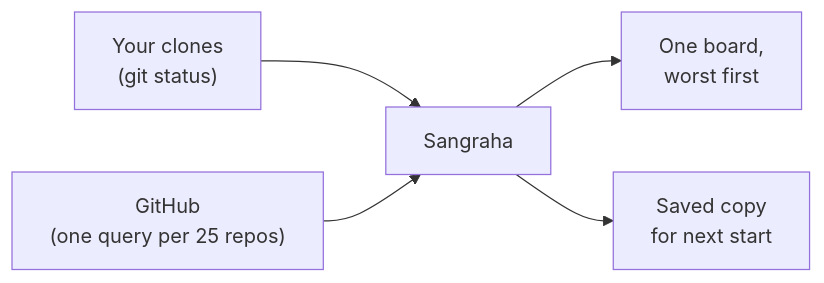
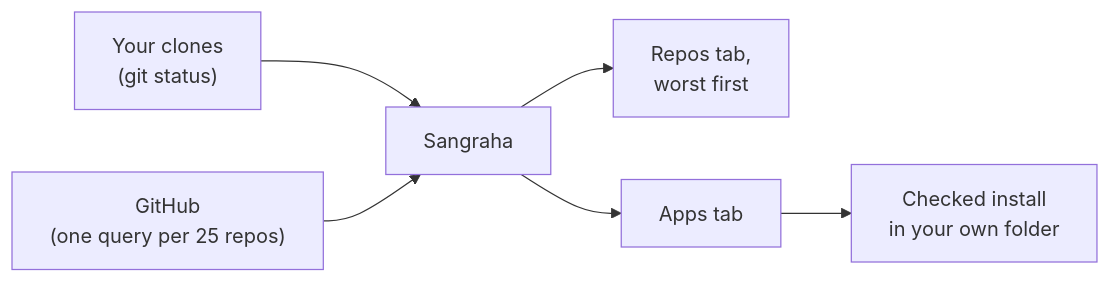
One commit to sudharamachandranrajeev/sangraha-repo-manager changed the diagram in README.md. Above: the diagram before and after it, drawn with Mermaid. The commit also changed other lines of this file and 24 other files, not shown here.

First line of the commit message:
Phase 2: Apps tab, checked per-user installs with rollback

````diff
--- a/README.md
+++ b/README.md
@@ -106,7 +129,8 @@
 ```mermaid
 flowchart LR
   A["Your clones<br/>(git status)"] --> C["Sangraha"]
   B["GitHub<br/>(one query per 25 repos)"] --> C
-  C --> D["One board,<br/>worst first"]
-  C --> E["Saved copy<br/>for next start"]
+  C --> D["Repos tab,<br/>worst first"]
+  C --> F["Apps tab"]
+  F --> G["Checked install<br/>in your own folder"]
 ```
````
